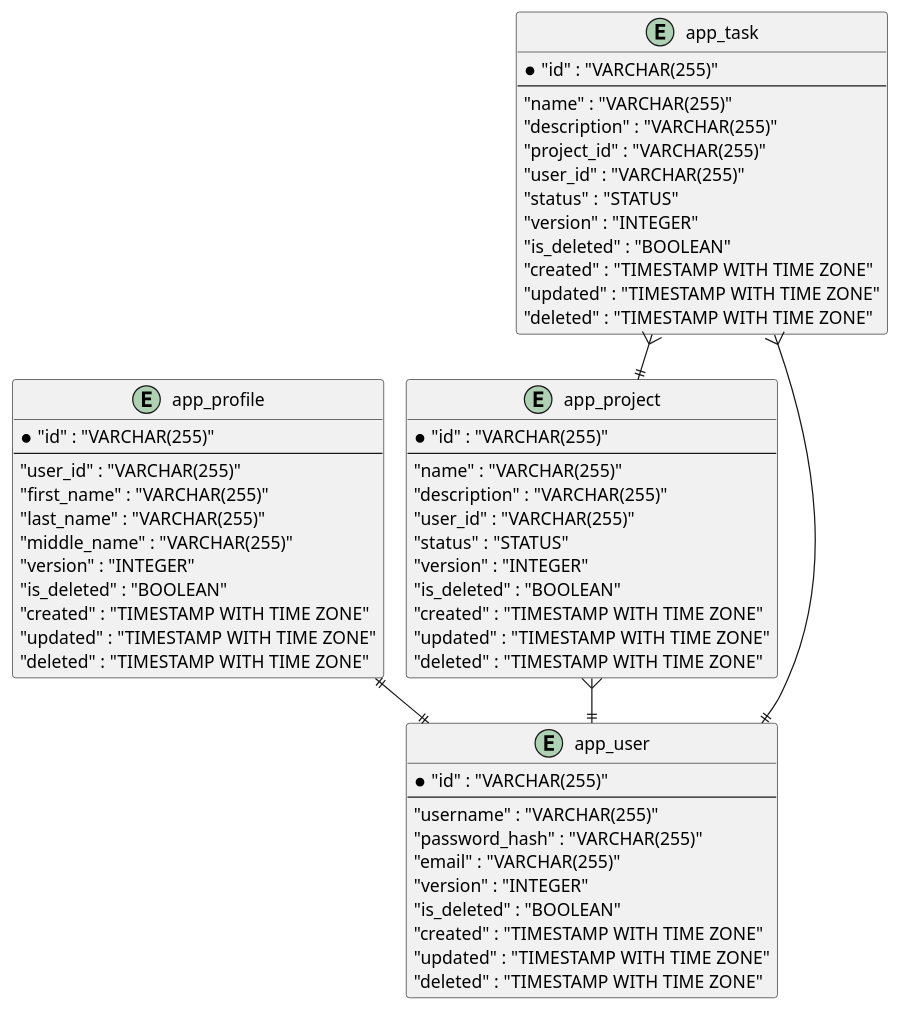
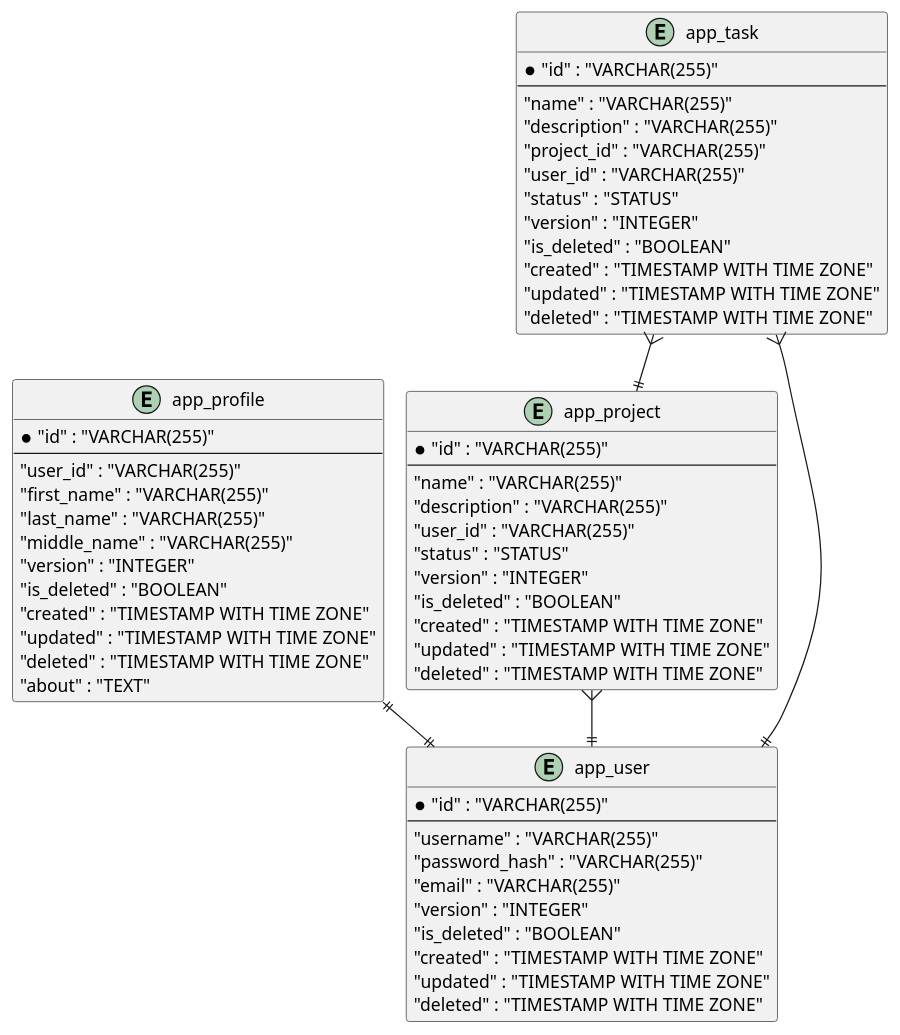
The diagram in example/tm-sql-to-asciidoc/src/main/asciidoc/erd_physic.puml (denis-volnenko/liquibase-asciidoc-maven-plugin), drawn with PlantUML before and after one commit. The commit also changed 8 other files, not shown here.

```diff
--- a/example/tm-sql-to-asciidoc/src/main/asciidoc/erd_physic.puml
+++ b/example/tm-sql-to-asciidoc/src/main/asciidoc/erd_physic.puml
@@ -1,65 +1,66 @@
 @startuml 
 '!pragma graphviz_dot jdot 
 !pragma layout smetana 
 entity "app_profile" {
     *"id" : "VARCHAR(255)"
 ---
     "user_id" : "VARCHAR(255)"
     "first_name" : "VARCHAR(255)"
     "last_name" : "VARCHAR(255)"
     "middle_name" : "VARCHAR(255)"
     "version" : "INTEGER"
     "is_deleted" : "BOOLEAN"
     "created" : "TIMESTAMP WITH TIME ZONE"
     "updated" : "TIMESTAMP WITH TIME ZONE"
     "deleted" : "TIMESTAMP WITH TIME ZONE"
+    "about" : "TEXT"
 }
 
 entity "app_project" {
     *"id" : "VARCHAR(255)"
 ---
     "name" : "VARCHAR(255)"
     "description" : "VARCHAR(255)"
     "user_id" : "VARCHAR(255)"
     "status" : "STATUS"
     "version" : "INTEGER"
     "is_deleted" : "BOOLEAN"
     "created" : "TIMESTAMP WITH TIME ZONE"
     "updated" : "TIMESTAMP WITH TIME ZONE"
     "deleted" : "TIMESTAMP WITH TIME ZONE"
 }
 
 entity "app_task" {
     *"id" : "VARCHAR(255)"
 ---
     "name" : "VARCHAR(255)"
     "description" : "VARCHAR(255)"
     "project_id" : "VARCHAR(255)"
     "user_id" : "VARCHAR(255)"
     "status" : "STATUS"
     "version" : "INTEGER"
     "is_deleted" : "BOOLEAN"
     "created" : "TIMESTAMP WITH TIME ZONE"
     "updated" : "TIMESTAMP WITH TIME ZONE"
     "deleted" : "TIMESTAMP WITH TIME ZONE"
 }
 
 entity "app_user" {
     *"id" : "VARCHAR(255)"
 ---
     "username" : "VARCHAR(255)"
     "password_hash" : "VARCHAR(255)"
     "email" : "VARCHAR(255)"
     "version" : "INTEGER"
     "is_deleted" : "BOOLEAN"
     "created" : "TIMESTAMP WITH TIME ZONE"
     "updated" : "TIMESTAMP WITH TIME ZONE"
     "deleted" : "TIMESTAMP WITH TIME ZONE"
 }
 
 "app_profile" ||--|| "app_user"
 "app_project" }--|| "app_user"
 "app_task" }--|| "app_project"
 "app_task" }--|| "app_user"
 
 @enduml
```
